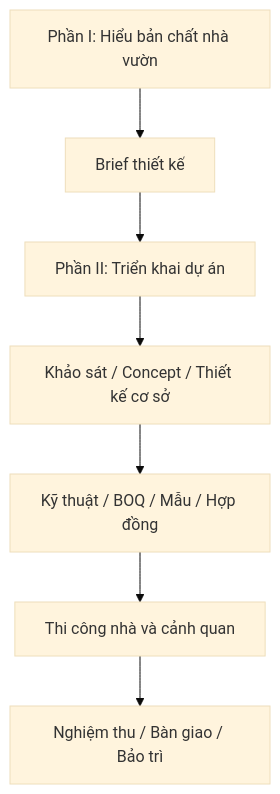
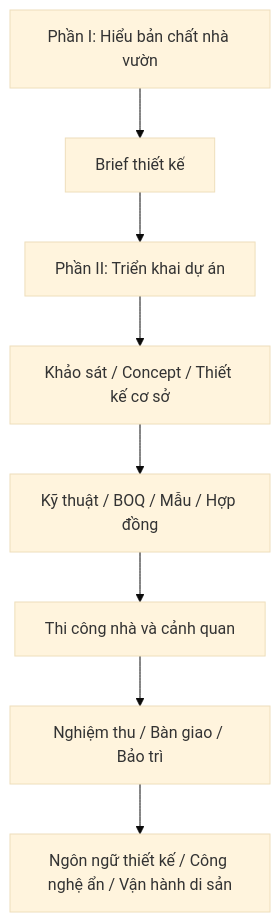
One commit to AnhBeva/thiet-ke-nha-vuon-nghi-duong changed the diagram in giao_trinh_nha_vuon_nghi_duong/00_muc_luc_va_huong_dan_hoc.md. Above: the diagram before and after it, drawn with Mermaid (base theme). The commit also changed other lines of this file and 21 other files, not shown here.

````diff
--- a/giao_trinh_nha_vuon_nghi_duong/00_muc_luc_va_huong_dan_hoc.md
+++ b/giao_trinh_nha_vuon_nghi_duong/00_muc_luc_va_huong_dan_hoc.md
@@ -18,9 +19,10 @@
 ```mermaid
 flowchart TD
   A["Phần I: Hiểu bản chất nhà vườn"] --> B["Brief thiết kế"]
   B --> C["Phần II: Triển khai dự án"]
   C --> D["Khảo sát / Concept / Thiết kế cơ sở"]
   D --> E["Kỹ thuật / BOQ / Mẫu / Hợp đồng"]
   E --> F["Thi công nhà và cảnh quan"]
   F --> G["Nghiệm thu / Bàn giao / Bảo trì"]
+  G --> H["Ngôn ngữ thiết kế / Công nghệ ẩn / Vận hành di sản"]
 ```
````
